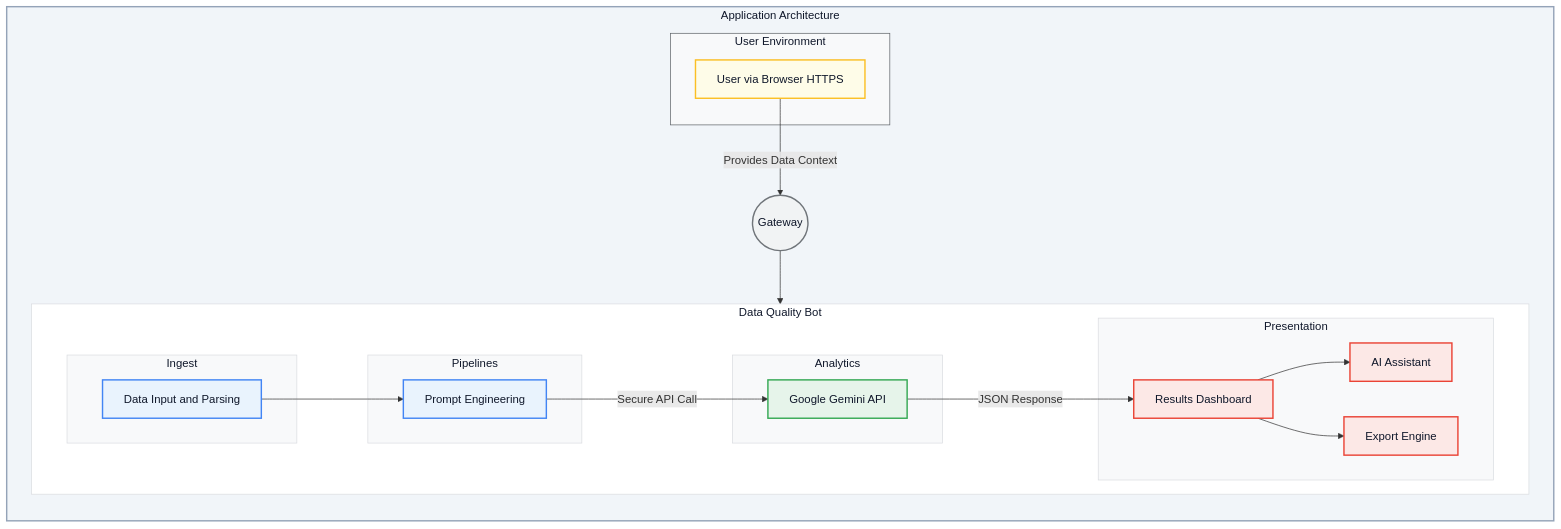
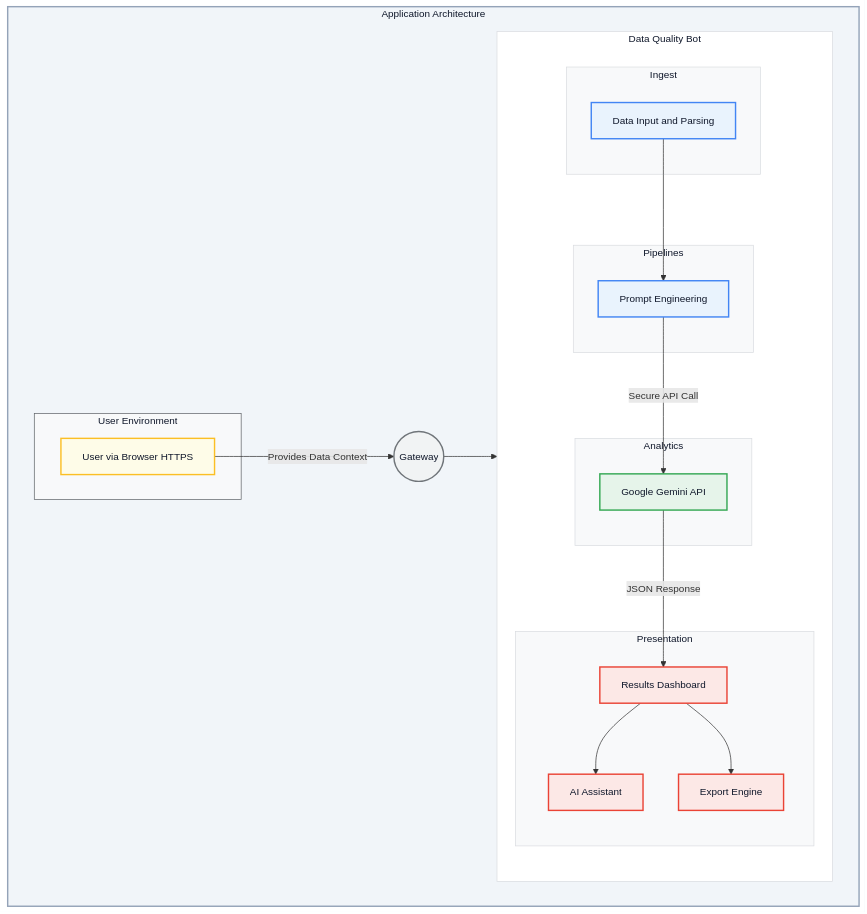
Before and after one commit to chtsalvishal/DQ_Gen_AI_Bot: the first of 2 diagrams in README.md, drawn with Mermaid. The commit also changed other lines of this file, not shown here.

Commit message:
docs: Update README with Mermaid diagram theme
Apply a consistent theme to Mermaid diagrams in the README for improved readability and aesthetic appeal. This includes setting a base font size and family, and adjusting graph direction where appropriate for better clarity.

````diff
--- a/README.md
+++ b/README.md
@@ -20,53 +20,54 @@
 ```mermaid
-graph LR
+%%{init: { 'themeVariables': { 'fontSize': '14px', 'fontFamily': 'Inter' } }}%%
+graph TD
     subgraph arch [Application Architecture]
         subgraph userenv [User Environment]
             A[User via Browser HTTPS]:::userNode
         end
 
         B((Gateway)):::gatewayNode
         
         A -- Provides Data Context --> B
 
         subgraph botlogic [Data Quality Bot]
-            direction LR
+            direction TD
             subgraph ingest [Ingest]
                 C[Data Input and Parsing]:::processNode
             end
             subgraph pipelines [Pipelines]
                 D[Prompt Engineering]:::processNode
             end
             subgraph analytics [Analytics]
                 E[Google Gemini API]:::apiNode
             end
             subgraph presentation [Presentation]
                 F[Results Dashboard]:::outputNode
                 G[AI Assistant]:::outputNode
                 H[Export Engine]:::outputNode
             end
         end
 
         B --> C
         C --> D
         D -- Secure API Call --> E
         E -- JSON Response --> F
         F --> G
         F --> H
     end
     
     class arch container
 
     style userenv fill:#F8F9FA,stroke:#5F6368,color:#0f172a
     style botlogic fill:#FFFFFF,stroke:#DADCE0,color:#0f172a
     style ingest fill:#F8F9FA,stroke:#DADCE0,color:#0f172a
     style pipelines fill:#F8F9FA,stroke:#DADCE0,color:#0f172a
     style analytics fill:#F8F9FA,stroke:#DADCE0,color:#0f172a
     style presentation fill:#F8F9FA,stroke:#DADCE0,color:#0f172a
 
     classDef container fill:#f1f5f9,stroke:#94a3b8,stroke-width:2px,color:#0f172a
     classDef userNode fill:#FEFCE8,stroke:#FBBF24,stroke-width:2px,color:#0f172a
     classDef gatewayNode fill:#F1F3F4,stroke:#70757A,stroke-width:2px,color:#0f172a
     classDef processNode fill:#E9F3FD,stroke:#4285F4,stroke-width:2px,color:#0f172a
     classDef apiNode fill:#E6F4EA,stroke:#34A853,stroke-width:2px,color:#0f172a
     classDef outputNode fill:#FCE8E6,stroke:#EA4335,stroke-width:2px,color:#0f172a
 ```
````
